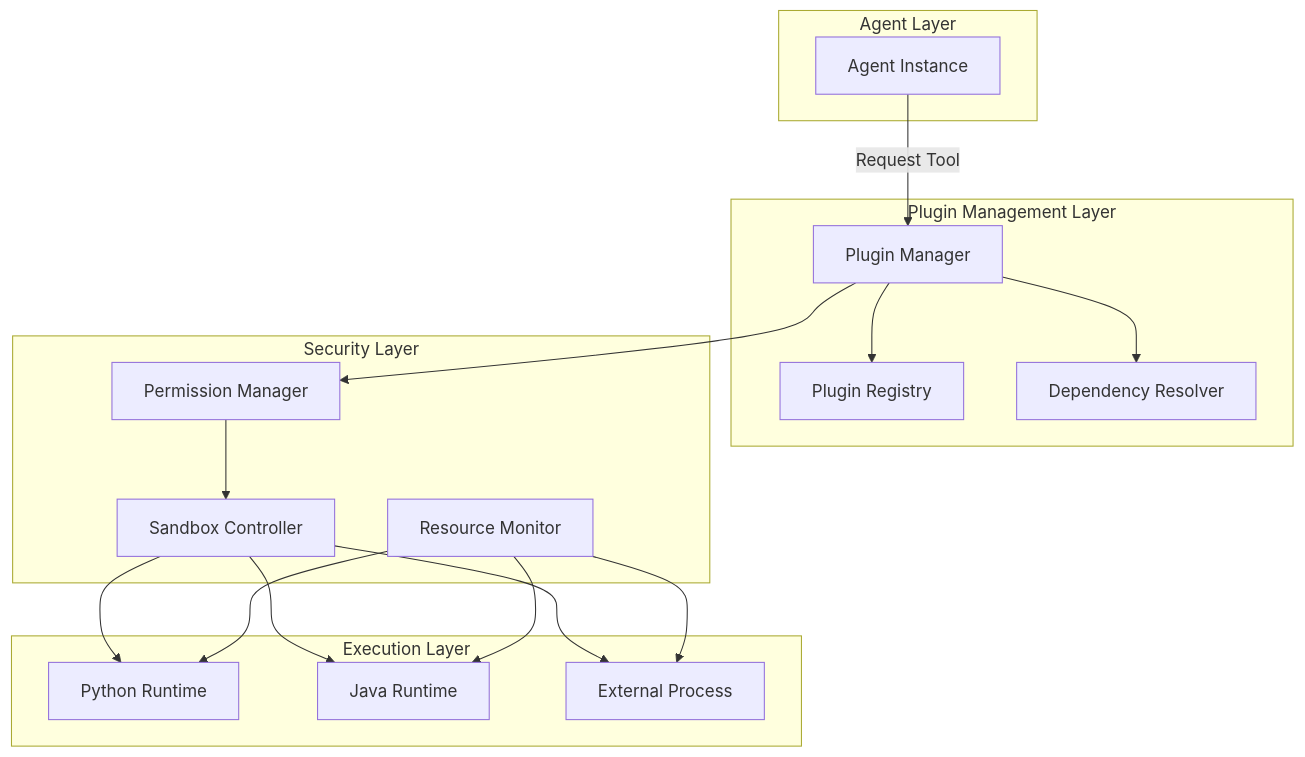
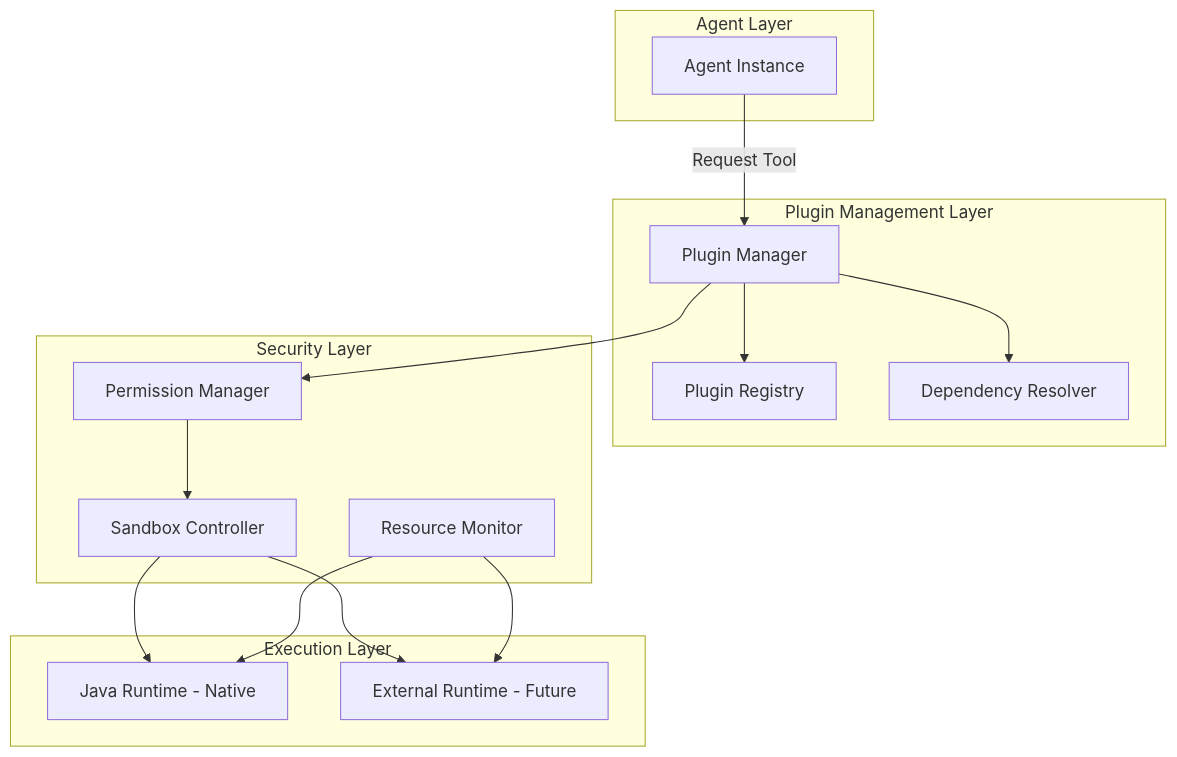
One commit to FT-Nova/Synapse-docs changed the first of 3 diagrams in docs/plugins/architecture.md. Above: the diagram before and after it, drawn with Mermaid. The commit also changed other lines of this file and 3 other files, not shown here.

First line of the commit message:
docs(plugins): update to Java-first architecture

````diff
--- a/docs/plugins/architecture.md
+++ b/docs/plugins/architecture.md
@@ -7,36 +13,33 @@
 ```mermaid
 graph TB
     subgraph "Agent Layer"
         A[Agent Instance]
     end
     
     subgraph "Plugin Management Layer"
         B[Plugin Manager]
         C[Plugin Registry]
         D[Dependency Resolver]
     end
     
     subgraph "Security Layer"
         E[Permission Manager]
         F[Sandbox Controller]
         G[Resource Monitor]
     end
     
     subgraph "Execution Layer"
-        H[Python Runtime]
-        I[Java Runtime]
-        J[External Process]
+        H[Java Runtime - Native]
+        I[External Runtime - Future]
     end
     
     A -->|Request Tool| B
     B --> C
     B --> D
     B --> E
     E --> F
     F --> H
     F --> I
-    F --> J
     G --> H
     G --> I
-    G --> J
 ```
````
